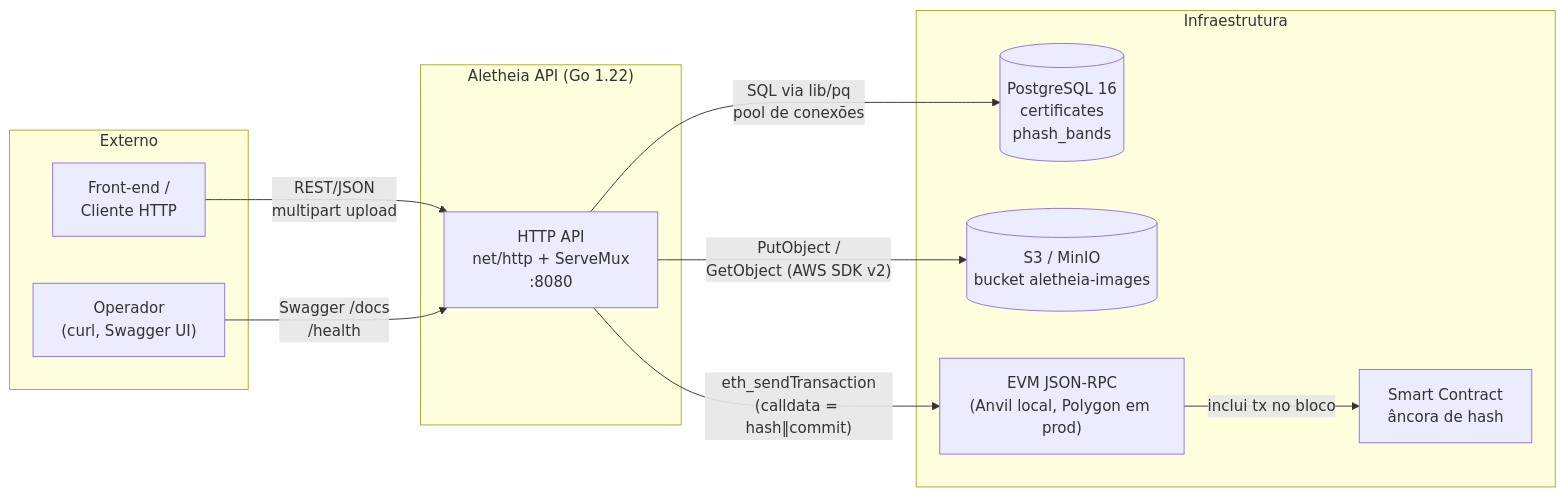
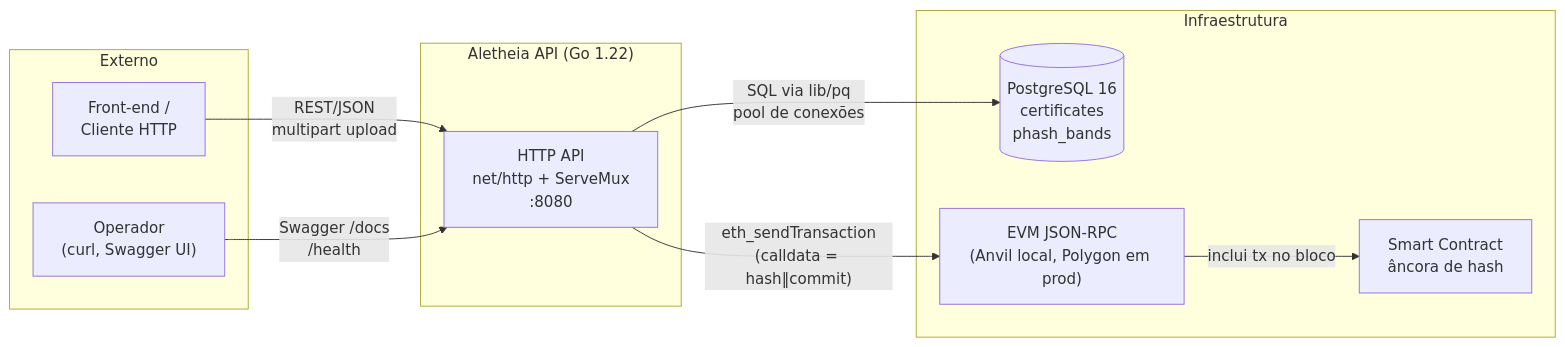
The first of 5 diagrams in docs/ARCHITECTURE.md (waizbart/aletheia-api), drawn with Mermaid before and after one commit. The commit also changed other lines of this file and 4 other files, not shown here.

````diff
--- a/docs/ARCHITECTURE.md
+++ b/docs/ARCHITECTURE.md
@@ -11,26 +11,24 @@
 ```mermaid
 flowchart LR
     subgraph Externo
         FE["Front-end /<br/>Cliente HTTP"]
         OP["Operador<br/>(curl, Swagger UI)"]
     end
 
     subgraph Aletheia["Aletheia API (Go 1.22)"]
         API["HTTP API<br/>net/http + ServeMux<br/>:8080"]
     end
 
     subgraph Infra["Infraestrutura"]
         DB[("PostgreSQL 16<br/>certificates<br/>phash_bands")]
-        S3[("S3 / MinIO<br/>bucket aletheia-images")]
         CHAIN["EVM JSON-RPC<br/>(Anvil local, Polygon em prod)"]
         SC["Smart Contract<br/>âncora de hash"]
     end
 
     FE -- "REST/JSON<br/>multipart upload" --> API
     OP -- "Swagger /docs<br/>/health" --> API
 
     API -- "SQL via lib/pq<br/>pool de conexões" --> DB
-    API -- "PutObject /<br/>GetObject (AWS SDK v2)" --> S3
     API -- "eth_sendTransaction<br/>(calldata = hash‖commit)" --> CHAIN
     CHAIN -- "inclui tx no bloco" --> SC
 ```
````
